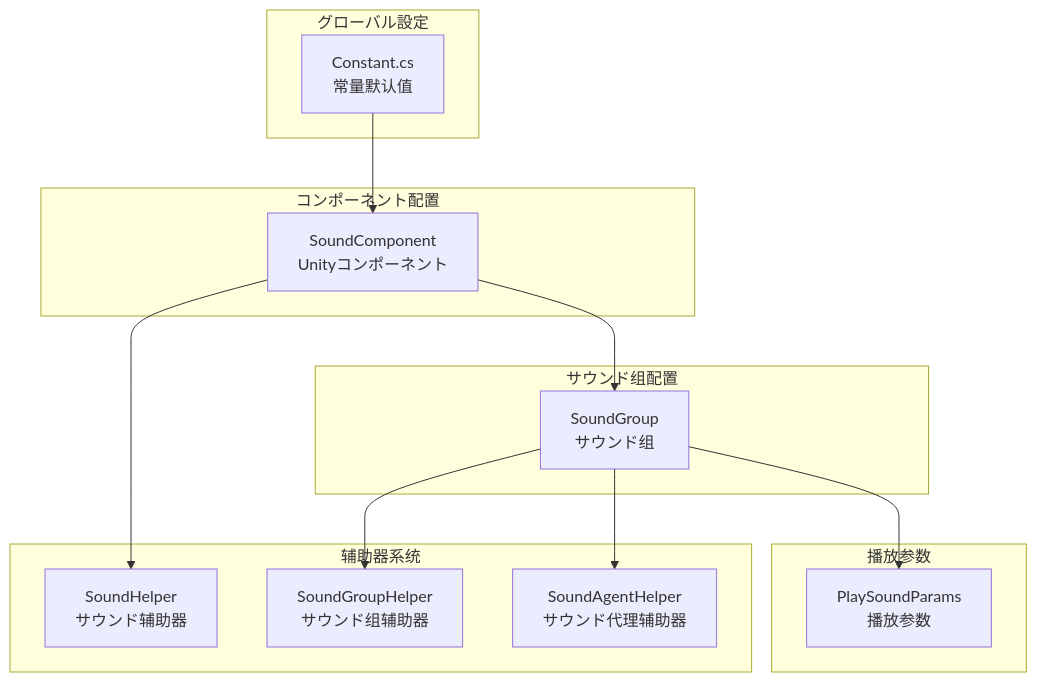
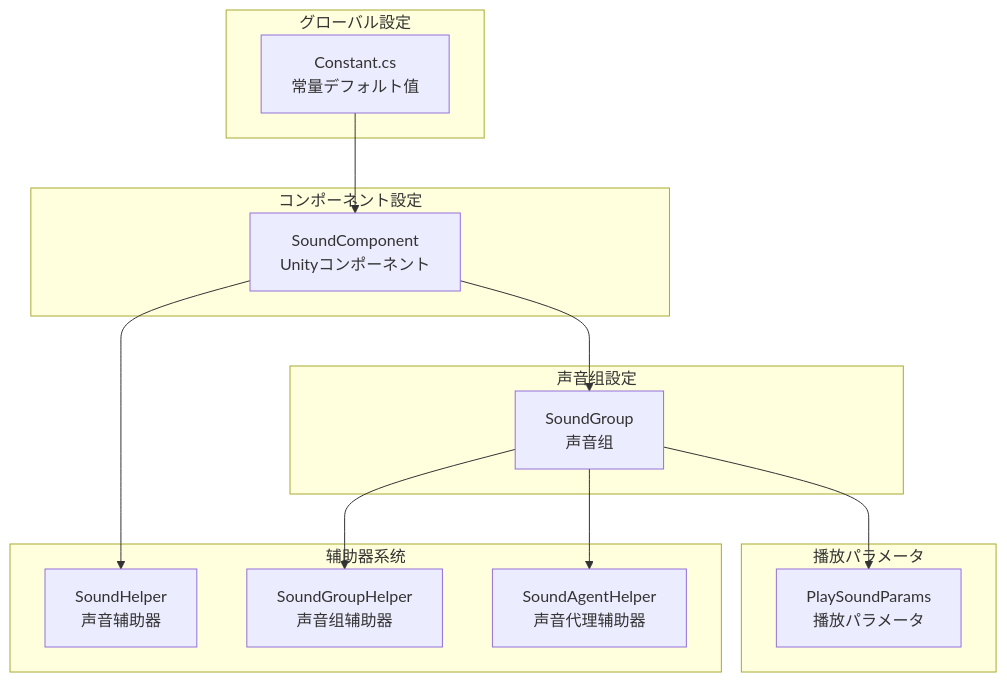
One commit to AlianBlank/GameFrameX.Docs changed the first of 2 diagrams in docs/ja/client/unity/component/sound/10.configuration.md. Above: the diagram before and after it, drawn with Mermaid. The commit also changed other lines of this file and 320 other files, not shown here.

````diff
--- a/docs/ja/client/unity/component/sound/10.configuration.md
+++ b/docs/ja/client/unity/component/sound/10.configuration.md
@@ -18,31 +18,31 @@
 ```mermaid
 flowchart TD
     subgraph Global["グローバル設定"]
-        Constant["Constant.cs<br/>常量默认值"]
+        Constant["Constant.cs<br/>常量デフォルト值"]
     end
 
-    subgraph Component["コンポーネント配置"]
+    subgraph Component["コンポーネント設定"]
         SC[SoundComponent<br/>Unityコンポーネント]
     end
 
-    subgraph Group["サウンド组配置"]
-        SG[SoundGroup<br/>サウンド组]
+    subgraph Group["声音组設定"]
+        SG[SoundGroup<br/>声音组]
     end
 
-    subgraph PlayParams["播放参数"]
-        PSP[PlaySoundParams<br/>播放参数]
+    subgraph PlayParams["播放パラメータ"]
+        PSP[PlaySoundParams<br/>播放パラメータ]
     end
 
     subgraph Helpers["辅助器系统"]
-        SH[SoundHelper<br/>サウンド辅助器]
-        SGH[SoundGroupHelper<br/>サウンド组辅助器]
-        SAH[SoundAgentHelper<br/>サウンド代理辅助器]
+        SH[SoundHelper<br/>声音辅助器]
+        SGH[SoundGroupHelper<br/>声音组辅助器]
+        SAH[SoundAgentHelper<br/>声音代理辅助器]
     end
 
     Constant --> SC
     SC --> SG
     SG --> PSP
     SC --> SH
     SG --> SGH
     SG --> SAH
 ```
````
